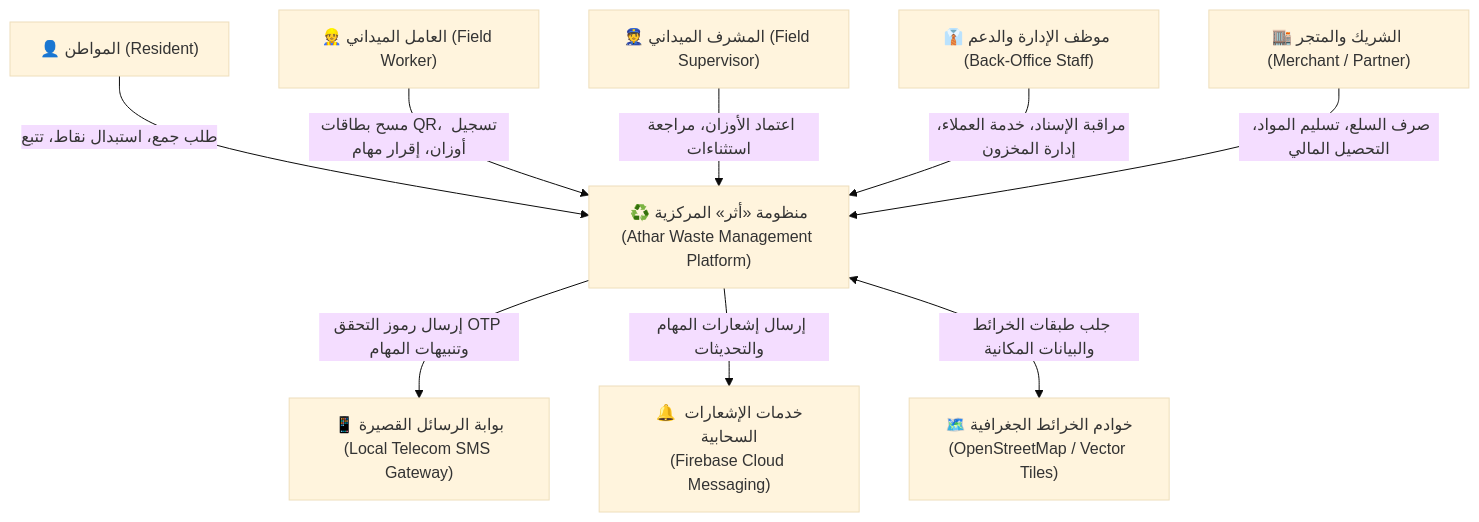
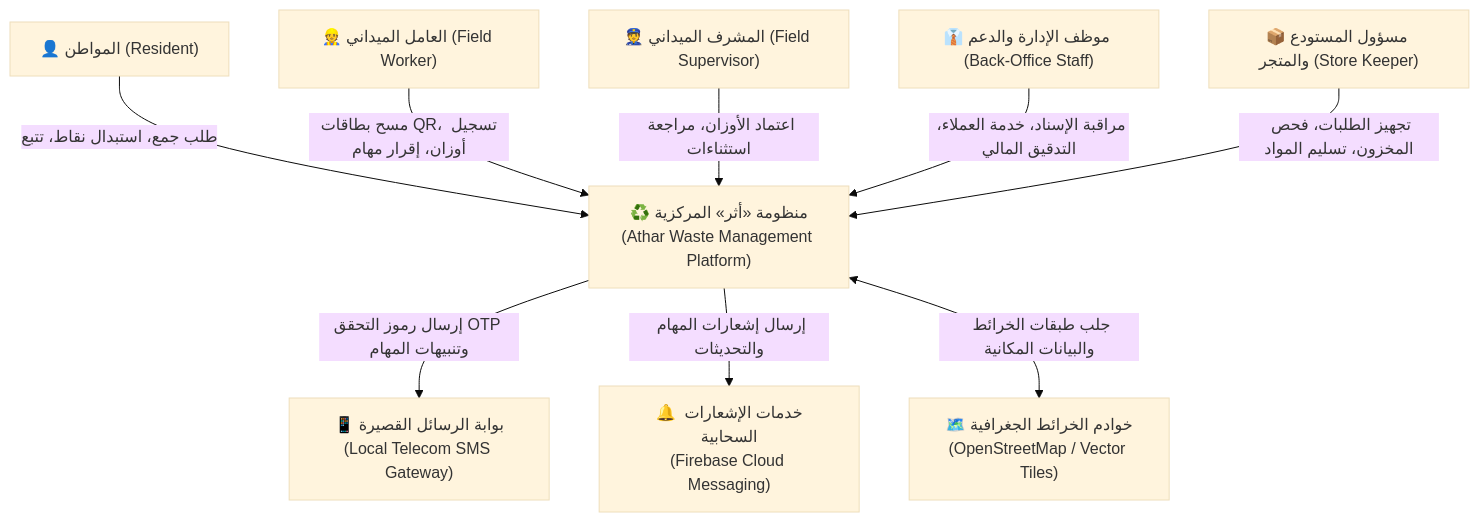
One commit to A-S-Y/Athar changed the second of 5 diagrams in docs/01-architecture/system-overview.md. Above: the diagram before and after it, drawn with Mermaid (base theme). The commit also changed other lines of this file and 27 other files, not shown here.

Commit message:
refactor: revert merchant escrow and outbox pattern to two-step store and direct background workers

````diff
--- a/docs/01-architecture/system-overview.md
+++ b/docs/01-architecture/system-overview.md
@@ -105,24 +105,24 @@
 ```mermaid
 flowchart TB
     Citizen["👤 المواطن (Resident)"]
     Worker["👷 العامل الميداني (Field Worker)"]
     Supervisor["👮 المشرف الميداني (Field Supervisor)"]
     Staff["👔 موظف الإدارة والدعم (Back-Office Staff)"]
-    Partner["🏬 الشريك والمتجر (Merchant / Partner)"]
+    StoreKeeper["📦 مسؤول المستودع والمتجر (Store Keeper)"]
 
     AtharSystem["♻️ منظومة «أثر» المركزية<br/>(Athar Waste Management Platform)"]
 
     SmsGateway["📱 بوابة الرسائل القصيرة<br/>(Local Telecom SMS Gateway)"]
     FcmService["🔔 خدمات الإشعارات السحابية<br/>(Firebase Cloud Messaging)"]
     MapTileServer["🗺️ خوادم الخرائط الجغرافية<br/>(OpenStreetMap / Vector Tiles)"]
 
     Citizen --> |"طلب جمع، استبدال نقاط، تتبع"| AtharSystem
     Worker --> |"مسح بطاقات QR، تسجيل أوزان، إقرار مهام"| AtharSystem
     Supervisor --> |"اعتماد الأوزان، مراجعة استثناءات"| AtharSystem
-    Staff --> |"مراقبة الإسناد، خدمة العملاء، إدارة المخزون"| AtharSystem
-    Partner --> |"صرف السلع، تسليم المواد، التحصيل المالي"| AtharSystem
+    Staff --> |"مراقبة الإسناد، خدمة العملاء، التدقيق المالي"| AtharSystem
+    StoreKeeper --> |"تجهيز الطلبات، فحص المخزون، تسليم المواد"| AtharSystem
 
     AtharSystem --> |"إرسال رموز التحقق OTP وتنبيهات المهام"| SmsGateway
     AtharSystem --> |"إرسال إشعارات المهام والتحديثات"| FcmService
     AtharSystem <--> |"جلب طبقات الخرائط والبيانات المكانية"| MapTileServer
 ```
````
